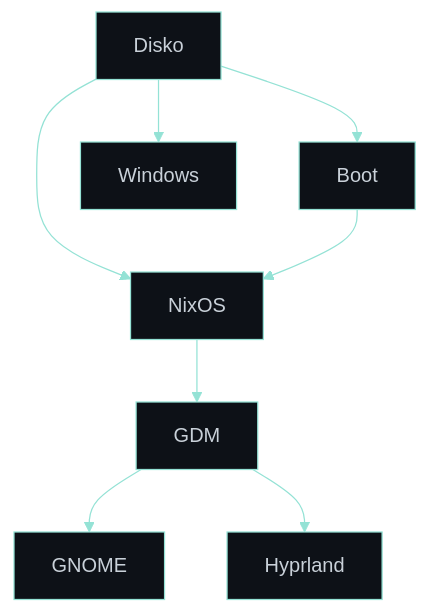
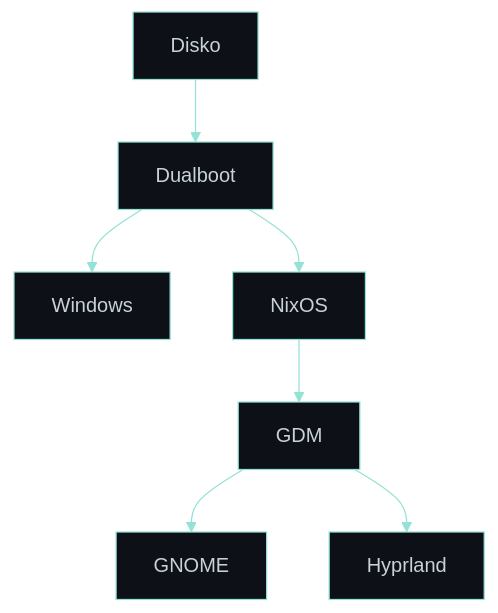
Before and after one commit to RomeoCavazza/nixos-config: the diagram in README.md, drawn with Mermaid.

Commit message:
docs: update diagram to Disko -> Dualboot -> Windows/NixOS -> GDM -> GNOME/Hyprland

````diff
--- a/README.md
+++ b/README.md
@@ -33,11 +33,10 @@
 ```mermaid
 %%{init: {'theme': 'base', 'themeVariables': { 'primaryColor': '#161b22', 'secondaryColor': '#0d1117', 'tertiaryColor': '#0d1117', 'primaryBorderColor': '#94e2d5', 'lineColor': '#94e2d5', 'primaryTextColor': '#c9d1d9', 'mainBkg': '#0d1117', 'clusterBkg': '#161b22', 'clusterBorder': '#30363d' }}}%%
 flowchart TB
-  Disko --> Boot
-  Disko --> Windows
-  Disko --> NixOS
-  Boot --> NixOS
+  Disko --> Dualboot
+  Dualboot --> Windows
+  Dualboot --> NixOS
   NixOS --> GDM
   GDM --> GNOME
   GDM --> Hyprland
 ```
````
